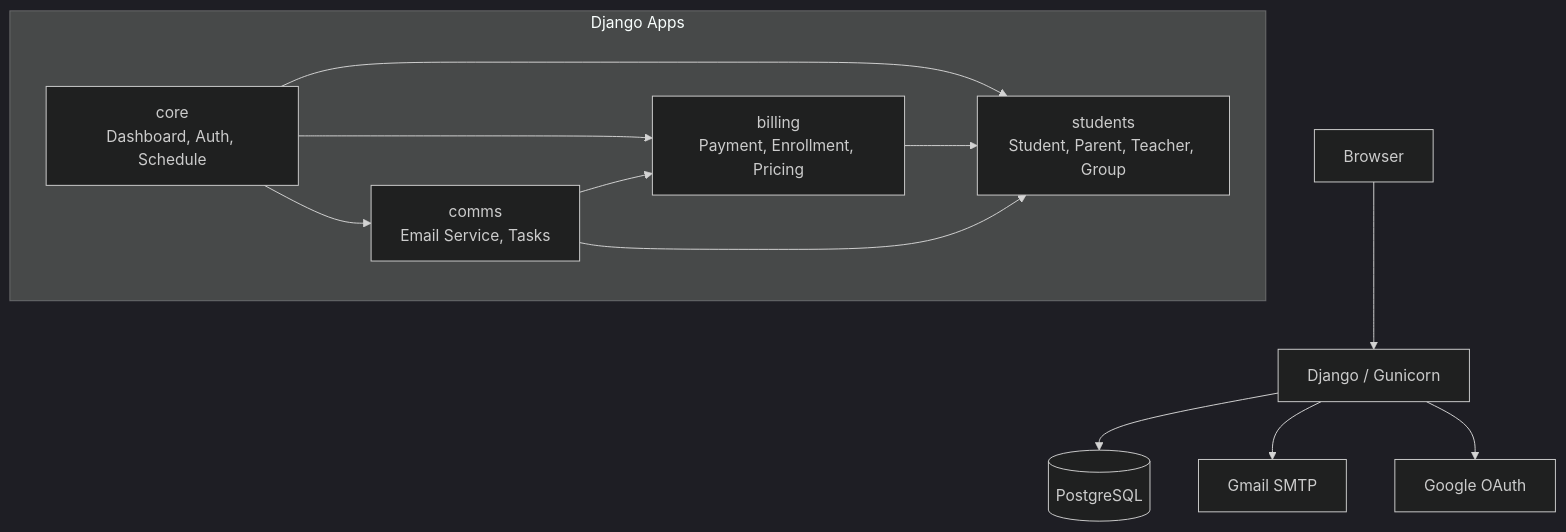
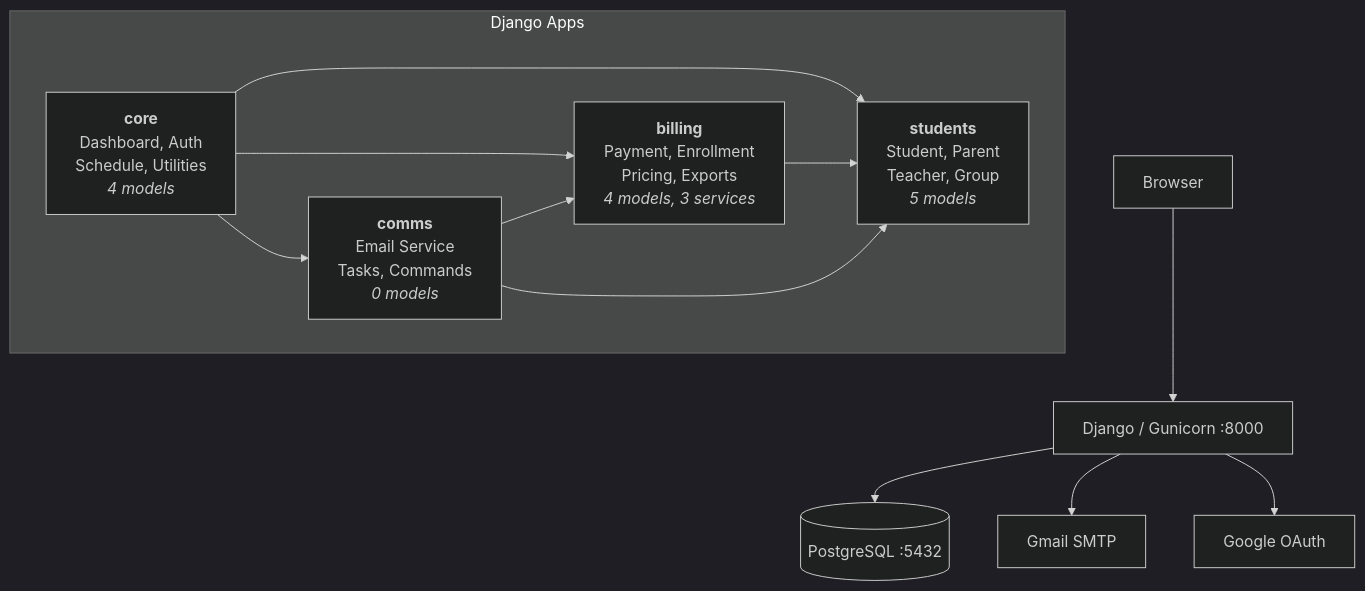
Before and after one commit to starseeker-code/five-a-day: the second of 3 diagrams in readme.md, drawn with Mermaid (dark theme). The commit also changed other lines of this file and 15 other files, not shown here.

````diff
--- a/readme.md
+++ b/readme.md
@@ -490,21 +587,21 @@
 ```mermaid
 graph TB
-    Browser[Browser] --> Django[Django / Gunicorn]
-    Django --> PG[(PostgreSQL)]
+    Browser[Browser] --> Django[Django / Gunicorn :8000]
+    Django --> PG[(PostgreSQL :5432)]
     Django --> SMTP[Gmail SMTP]
     Django --> OAuth[Google OAuth]
 
     subgraph "Django Apps"
-        Core[core<br/>Dashboard, Auth, Schedule]
-        Students[students<br/>Student, Parent, Teacher, Group]
-        Billing[billing<br/>Payment, Enrollment, Pricing]
-        Comms[comms<br/>Email Service, Tasks]
+        Core["<b>core</b><br/>Dashboard, Auth<br/>Schedule, Utilities<br/><i>4 models</i>"]
+        Students["<b>students</b><br/>Student, Parent<br/>Teacher, Group<br/><i>5 models</i>"]
+        Billing["<b>billing</b><br/>Payment, Enrollment<br/>Pricing, Exports<br/><i>4 models, 3 services</i>"]
+        Comms["<b>comms</b><br/>Email Service<br/>Tasks, Commands<br/><i>0 models</i>"]
     end
 
     Core --> Students
     Core --> Billing
     Core --> Comms
     Billing --> Students
     Comms --> Students
     Comms --> Billing
 ```
````
